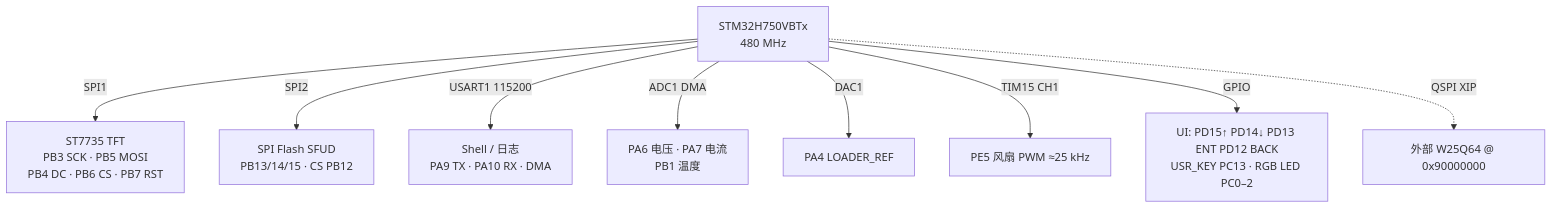
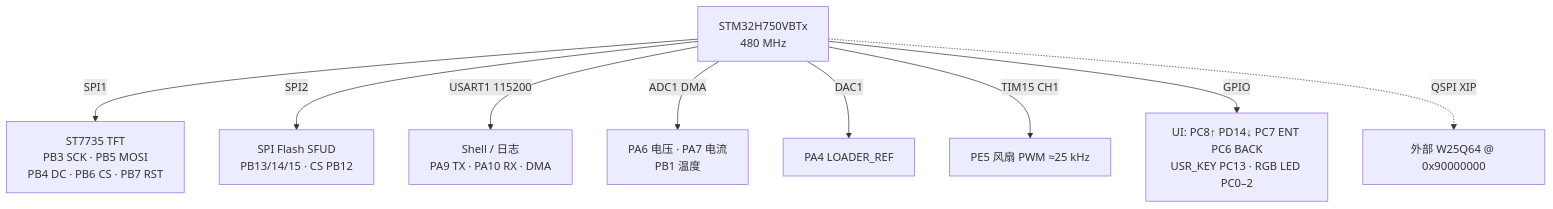
Before and after one commit to 4ImL3sSb0T/BaseFramework: the sixth of 11 diagrams in README.md, drawn with Mermaid. The commit also changed 4 other files, not shown here.

````diff
--- a/README.md
+++ b/README.md
@@ -182,13 +182,13 @@
 ```mermaid
 flowchart TB
   MCU[STM32H750VBTx<br/>480 MHz]
 
   MCU -- SPI1 --> TFT[ST7735 TFT<br/>PB3 SCK · PB5 MOSI<br/>PB4 DC · PB6 CS · PB7 RST]
   MCU -- SPI2 --> SF[SPI Flash SFUD<br/>PB13/14/15 · CS PB12]
   MCU -- "USART1 115200" --> UART[Shell / 日志<br/>PA9 TX · PA10 RX · DMA]
   MCU -- "ADC1 DMA" --> ADC[PA6 电压 · PA7 电流<br/>PB1 温度]
   MCU -- DAC1 --> DACO[PA4 LOADER_REF]
   MCU -- "TIM15 CH1" --> FANP[PE5 风扇 PWM ≈25 kHz]
-  MCU -- GPIO --> KEYS[UI: PD15↑ PD14↓ PD13 ENT PD12 BACK<br/>USR_KEY PC13 · RGB LED PC0–2]
+  MCU -- GPIO --> KEYS[UI: PC8↑ PD14↓ PC7 ENT PC6 BACK<br/>USR_KEY PC13 · RGB LED PC0–2]
   MCU -. "QSPI XIP" .-> XIP[外部 W25Q64 @ 0x90000000]
 ```
````
